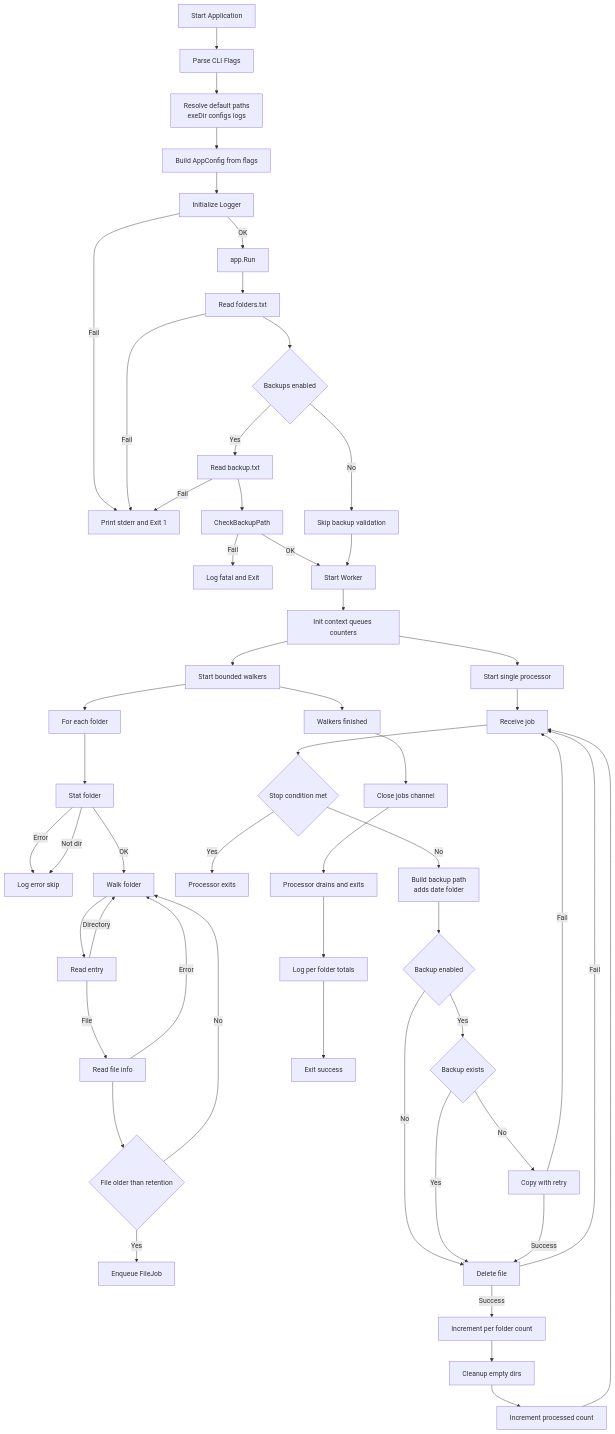
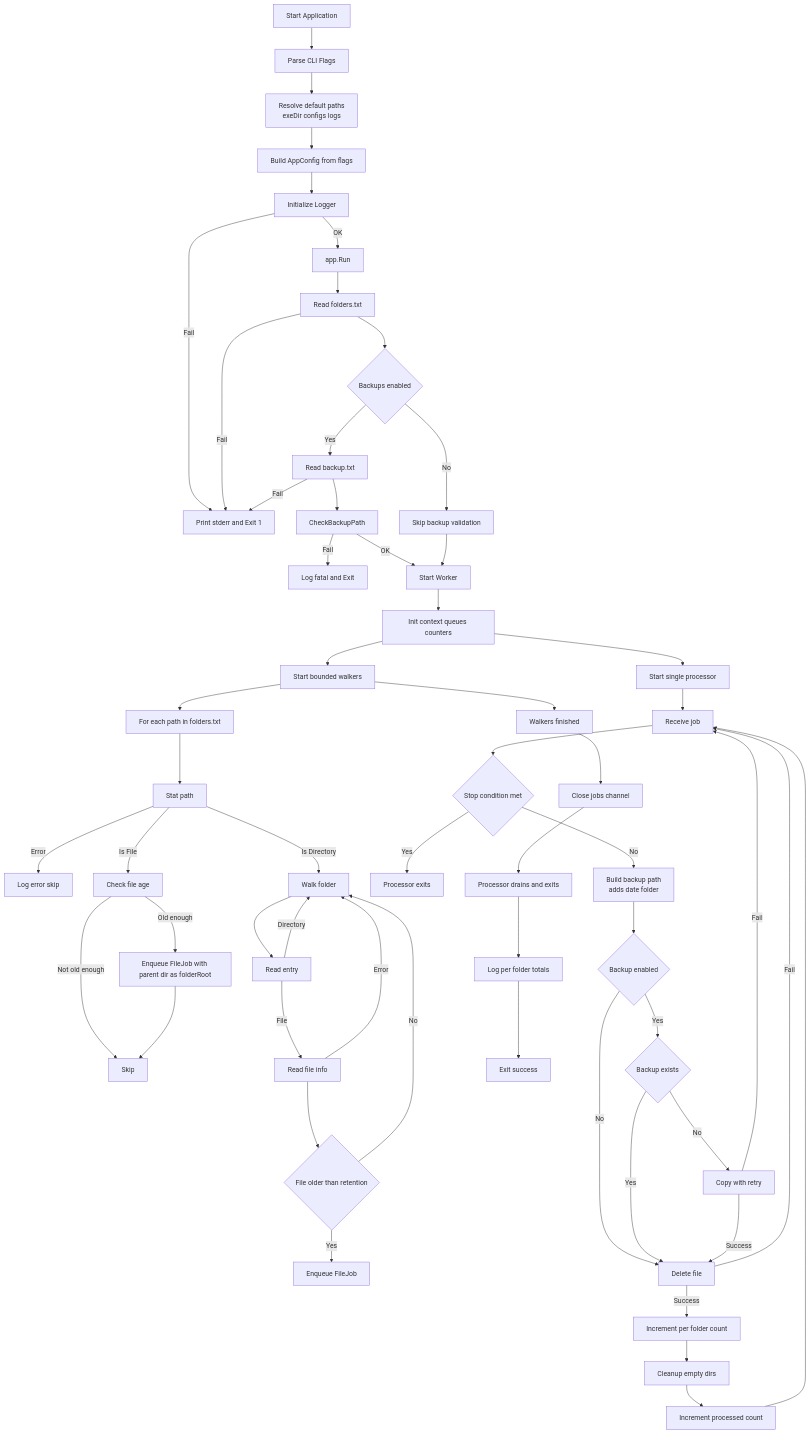
The diagram in docs/diagrams/execution-flow.md (theweak1/file-maintenance), drawn with Mermaid before and after one commit. The commit also changed 4 other files, not shown here.

Commit message:
feat: Add support for deleting specific files from folders.txt

````diff
--- a/docs/diagrams/execution-flow.md
+++ b/docs/diagrams/execution-flow.md
@@ -1,75 +1,79 @@
 ```mermaid 
 flowchart TD
   A[Start Application]
   B[Parse CLI Flags]
   C[Resolve default paths<br/>exeDir configs logs]
   D[Build AppConfig from flags]
   E[Initialize Logger]
   F[Print stderr and Exit 1]
 
   A --> B
   B --> C
   C --> D
   D --> E
   E -->|Fail| F
 
   E -->|OK| G[app.Run]
 
   G --> H[Read folders.txt]
   H -->|Fail| F
 
   H --> I{Backups enabled}
   I -->|No| J[Skip backup validation]
   I -->|Yes| K[Read backup.txt]
   K -->|Fail| F
   K --> L[CheckBackupPath]
   L -->|Fail| M[Log fatal and Exit]
   L -->|OK| N[Start Worker]
 
   J --> N
 
   N --> O[Init context queues counters]
   O --> P[Start single processor]
   O --> Q[Start bounded walkers]
 
-  Q --> R[For each folder]
-  R --> S[Stat folder]
+  Q --> R[For each path in folders.txt]
+  R --> S[Stat path]
   S -->|Error| T[Log error skip]
-  S -->|Not dir| T
-  S -->|OK| U[Walk folder]
+  S -->|Is File| U[Check file age]
+  S -->|Is Directory| V[Walk folder]
 
-  U --> V[Read entry]
-  V -->|Directory| U
-  V -->|File| W[Read file info]
-  W -->|Error| U
-  W --> X{File older than retention}
-  X -->|No| U
-  X -->|Yes| Y[Enqueue FileJob]
+  U -->|Not old enough| W[Skip]
+  U -->|Old enough| X[Enqueue FileJob with parent dir as folderRoot]
+  X --> W
 
-  P --> Z[Receive job]
-  Z --> AA{Stop condition met}
-  AA -->|Yes| AB[Processor exits]
-  AA -->|No| AC[Build backup path<br/>adds date folder]
+  V --> Y[Read entry]
+  Y -->|Directory| V
+  Y -->|File| Z[Read file info]
+  Z -->|Error| V
+  Z --> AA{File older than retention}
+  AA -->|No| V
+  AA -->|Yes| AB[Enqueue FileJob]
 
-  AC --> AD{Backup enabled}
-  AD -->|No| AE[Delete file]
-  AD -->|Yes| AF{Backup exists}
-  AF -->|Yes| AE
-  AF -->|No| AG[Copy with retry]
+  P --> AC[Receive job]
+  AC --> AD{Stop condition met}
+  AD -->|Yes| AE[Processor exits]
+  AD -->|No| AF[Build backup path<br/>adds date folder]
 
-  AG -->|Fail| Z
-  AG -->|Success| AE
+  AF --> AG{Backup enabled}
+  AG -->|No| AH[Delete file]
+  AG -->|Yes| AI{Backup exists}
+  AI -->|Yes| AH
+  AI -->|No| AJ[Copy with retry]
 
-  AE -->|Fail| Z
-  AE -->|Success| AH[Increment per folder count]
-  AH --> AI[Cleanup empty dirs]
-  AI --> AJ[Increment processed count]
-  AJ --> Z
+  AJ -->|Fail| AC
+  AJ -->|Success| AH
 
-  Q --> AK[Walkers finished]
-  AK --> AL[Close jobs channel]
-  AL --> AM[Processor drains and exits]
-  AM --> AN[Log per folder totals]
-  AN --> AO[Exit success]
+  AH -->|Fail| AC
+  AH -->|Success| AK[Increment per folder count]
+  AK --> AL[Cleanup empty dirs]
+  AL --> AM[Increment processed count]
+  AM --> AC
+
+  Q --> AN[Walkers finished]
+  AN --> AO[Close jobs channel]
+  AO --> AP[Processor drains and exits]
+  AP --> AQ[Log per folder totals]
+  AQ --> AR[Exit success]
 
 ```
````
